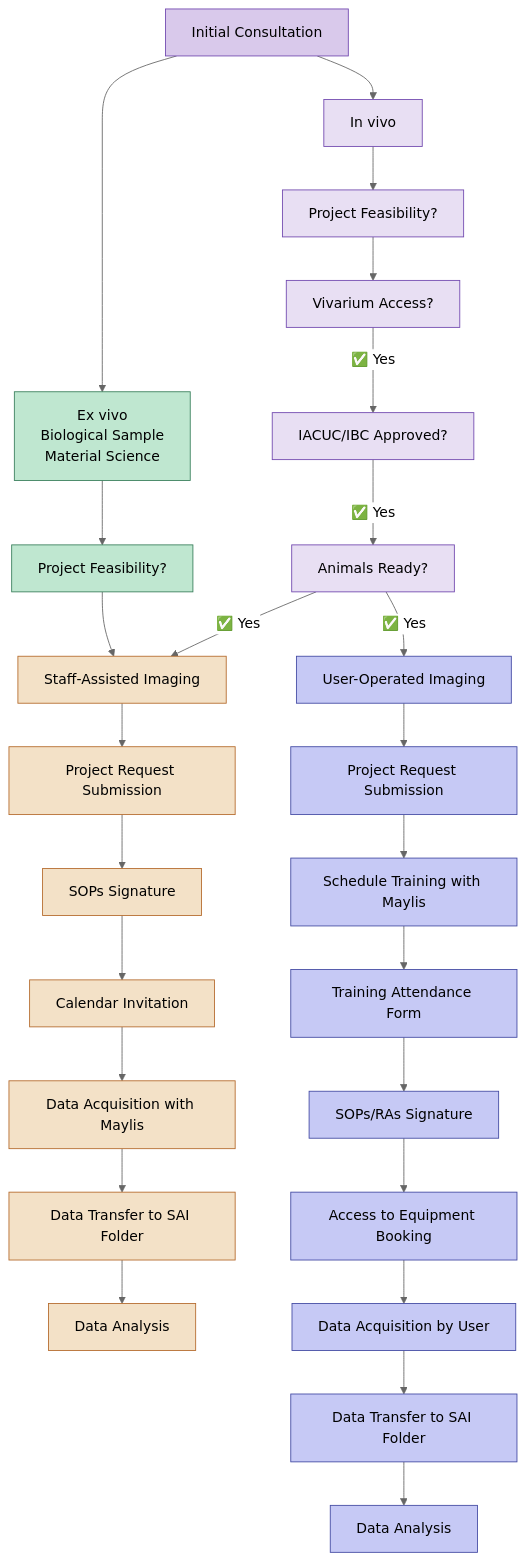
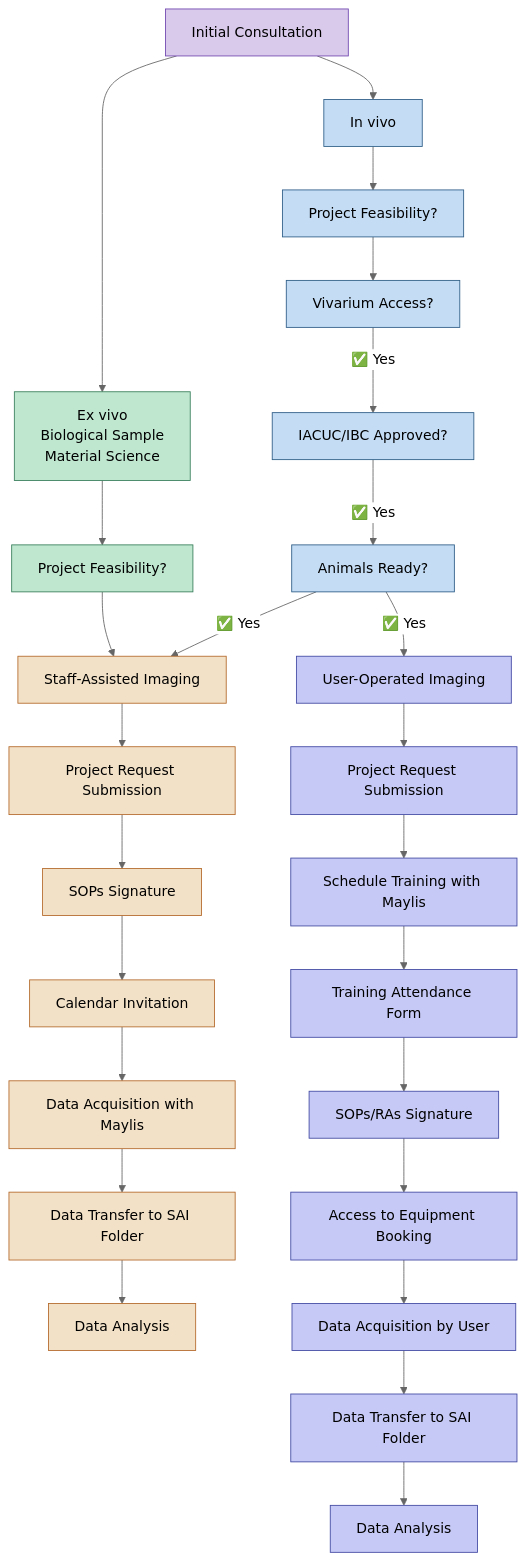
One commit to BioMedicalImaging-Core-NYUAD/smallanimalimaging-lab-documentation changed the diagram in docs/source/1-lab-overview/SAI_scheduling.rst. Above: the diagram before and after it, drawn with Mermaid (neutral theme).

Commit message:
font, styling

```diff
--- a/docs/source/1-lab-overview/SAI_scheduling.rst
+++ b/docs/source/1-lab-overview/SAI_scheduling.rst
@@ -8,68 +8,68 @@
 .. mermaid::
 
     graph TD
 
     %% Styles
     classDef consult fill:#d9c9eb,stroke:#7148af,stroke-width:1px;       %% Lavender purple for initial step
     classDef exvivo fill:#bfe7d0,stroke:#3a7f5c,stroke-width:1px;        %% Light sage green
-    classDef invivo fill:#e8dff3,stroke:#7148af,stroke-width:1px;        %% Softer lavender for contrast
+    classDef invivo fill:#c4ddf5,stroke:#2f5e87,stroke-width:1px;        %% Light steel blue
     classDef staff fill:#f3e1c7,stroke:#b56b2d,stroke-width:1px;         %% Soft beige
     classDef user fill:#c6c9f5,stroke:#434aa3,stroke-width:1px;          %% Blue-purple tone
 
     %% Nodes
     A["Initial Consultation"]:::consult
 
     %% Group 1: Ex vivo path
     B["Ex vivo<br>Biological Sample<br>Material Science"]:::exvivo
     D1["Project Feasibility?"]:::exvivo
 
     %% Group 2: In vivo path
     C["In vivo"]:::invivo
     L1["Project Feasibility?"]:::invivo
     M["Vivarium Access?"]:::invivo
     N["IACUC/IBC Approved?"]:::invivo
     O["Animals Ready?"]:::invivo
 
     %% Group 3: Staff-handled
     E["Staff-Assisted Imaging"]:::staff
     F["Project Request Submission"]:::staff
     G["SOPs Signature"]:::staff
     H["Calendar Invitation"]:::staff
     I["Data Acquisition with Maylis"]:::staff
     J["Data Transfer to SAI Folder"]:::staff
     K["Data Analysis"]:::staff
 
     %% Group 4: User-operated
     P["User-Operated Imaging"]:::user
     Q["Project Request Submission"]:::user
     R["Schedule Training with Maylis"]:::user
     S["Training Attendance Form"]:::user
     T["SOPs/RAs Signature"]:::user
     U["Access to Equipment Booking"]:::user
     V["Data Acquisition by User"]:::user
     W["Data Transfer to SAI Folder"]:::user
     X["Data Analysis"]:::user
 
     %% Flow
     A --> B
     A --> C
 
     %% Ex vivo flow
     B --> D1 --> E
     E --> F --> G --> H --> I --> J --> K
 
     %% In vivo flow
     C --> L1 --> M
     M --✅ Yes --> N
     N --✅ Yes --> O
     O --✅ Yes --> E
     O --✅ Yes --> P
 
     %% User-operated flow
     P --> Q --> R --> S --> T --> U --> V --> W --> X
 
     %% Clickable Nodes
     click A "mailto:maylis.boitet@nyu.edu"
     click Q "https://forms.gle/d3xRyphopVUj6PwW6"
     click S "https://docs.google.com/forms/d/e/1FAIpQLScLW1MOvo-9aAwX2_04FcyLGPR9xtDso9hu9SEixUy2VzuAiw/viewform"
     click U "https://corelabs.abudhabi.nyu.edu/"
```
